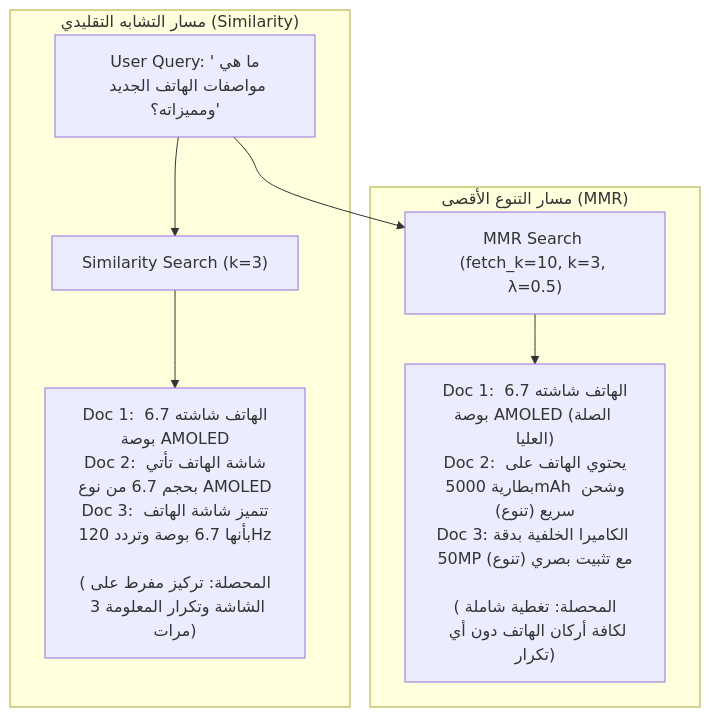
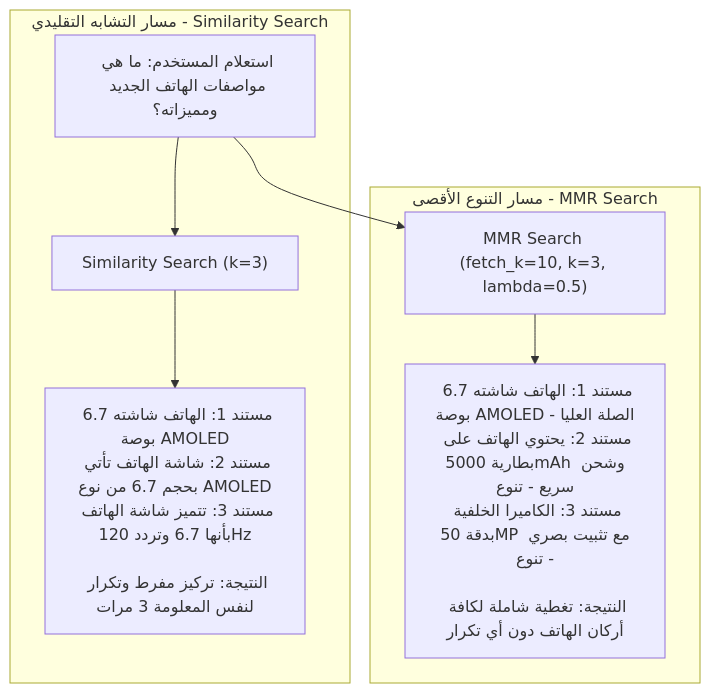
Before and after one commit to ali-abofouda/RAG-Mastery: the diagram in docs/05-hybrid-search-and-retrieval/07-mmr-retriever-implementation.md, drawn with Mermaid. The commit also changed 4 other files, not shown here.

Commit message:
fix(portal): resolve mermaid syntax errors and enhance diagram rendering pipeline

````diff
--- a/docs/05-hybrid-search-and-retrieval/07-mmr-retriever-implementation.md
+++ b/docs/05-hybrid-search-and-retrieval/07-mmr-retriever-implementation.md
@@ -39,14 +39,14 @@
 ```mermaid
 flowchart TD
-    Q["User Query: 'ما هي مواصفات الهاتف الجديد ومميزاته؟'"]
+    Q["استعلام المستخدم: ما هي مواصفات الهاتف الجديد ومميزاته؟"]
     
-    subgraph SimBranch ["مسار التشابه التقليدي (Similarity)"]
+    subgraph SimBranch ["مسار التشابه التقليدي - Similarity Search"]
         Q --> SimRet["Similarity Search (k=3)"]
-        SimRet --> ResSim["Doc 1: الهاتف شاشته 6.7 بوصة AMOLED\nDoc 2: شاشة الهاتف تأتي بحجم 6.7 من نوع AMOLED\nDoc 3: تتميز شاشة الهاتف بأنها 6.7 بوصة وتردد 120Hz\n\n(المحصلة: تركيز مفرط على الشاشة وتكرار المعلومة 3 مرات)"]
+        SimRet --> ResSim["مستند 1: الهاتف شاشته 6.7 بوصة AMOLED<br/>مستند 2: شاشة الهاتف تأتي بحجم 6.7 من نوع AMOLED<br/>مستند 3: تتميز شاشة الهاتف بأنها 6.7 وتردد 120Hz<br/><br/>النتيجة: تركيز مفرط وتكرار لنفس المعلومة 3 مرات"]
     end
     
-    subgraph MMRBranch ["مسار التنوع الأقصى (MMR)"]
-        Q --> MMRRet["MMR Search (fetch_k=10, k=3, λ=0.5)"]
-        MMRRet --> ResMMR["Doc 1: الهاتف شاشته 6.7 بوصة AMOLED (الصلة العليا)\nDoc 2: يحتوي الهاتف على بطارية 5000mAh وشحن سريع (تنوع)\nDoc 3: الكاميرا الخلفية بدقة 50MP مع تثبيت بصري (تنوع)\n\n(المحصلة: تغطية شاملة لكافة أركان الهاتف دون أي تكرار)"]
+    subgraph MMRBranch ["مسار التنوع الأقصى - MMR Search"]
+        Q --> MMRRet["MMR Search (fetch_k=10, k=3, lambda=0.5)"]
+        MMRRet --> ResMMR["مستند 1: الهاتف شاشته 6.7 بوصة AMOLED - الصلة العليا<br/>مستند 2: يحتوي الهاتف على بطارية 5000mAh وشحن سريع - تنوع<br/>مستند 3: الكاميرا الخلفية بدقة 50MP مع تثبيت بصري - تنوع<br/><br/>النتيجة: تغطية شاملة لكافة أركان الهاتف دون أي تكرار"]
     end
 ```
````
